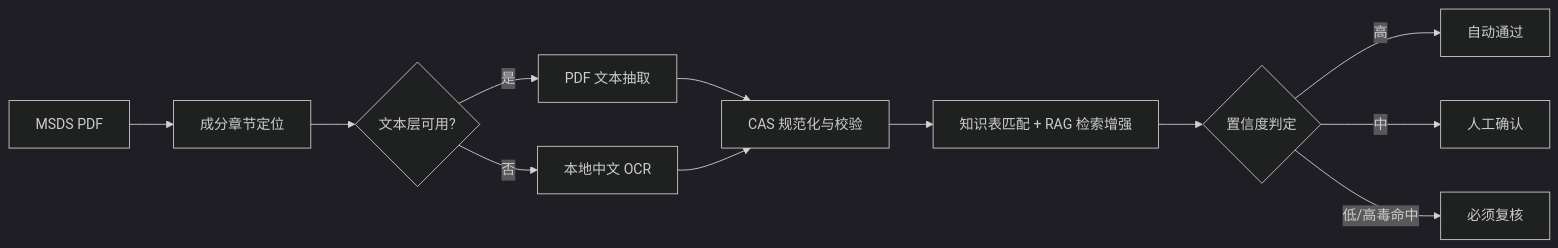
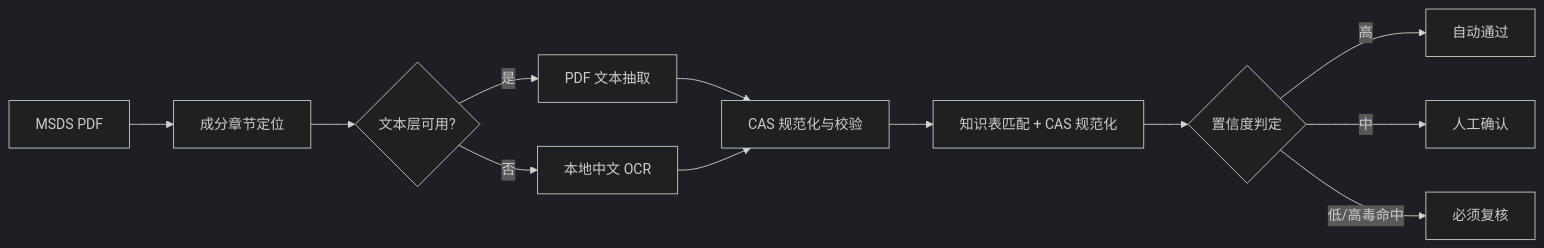
One commit to cangyuyi/msds-hazard-agent changed the diagram in README.md. Above: the diagram before and after it, drawn with Mermaid (dark theme). The commit also changed other lines of this file, not shown here.

First line of the commit message:
修正 README 中与实现不符的 RAG 声明

````diff
--- a/README.md
+++ b/README.md
@@ -101,14 +101,14 @@
 ```mermaid
 flowchart LR
     A[MSDS PDF] --> B[成分章节定位]
     B --> C{文本层可用?}
     C -->|是| D[PDF 文本抽取]
     C -->|否| E[本地中文 OCR]
     D --> F[CAS 规范化与校验]
     E --> F
-    F --> G[知识表匹配 + RAG 检索增强]
+    F --> G[知识表匹配 + CAS 规范化]
     G --> H{置信度判定}
     H -->|高| I[自动通过]
     H -->|中| J[人工确认]
     H -->|低/高毒命中| K[必须复核]
 ```
````
